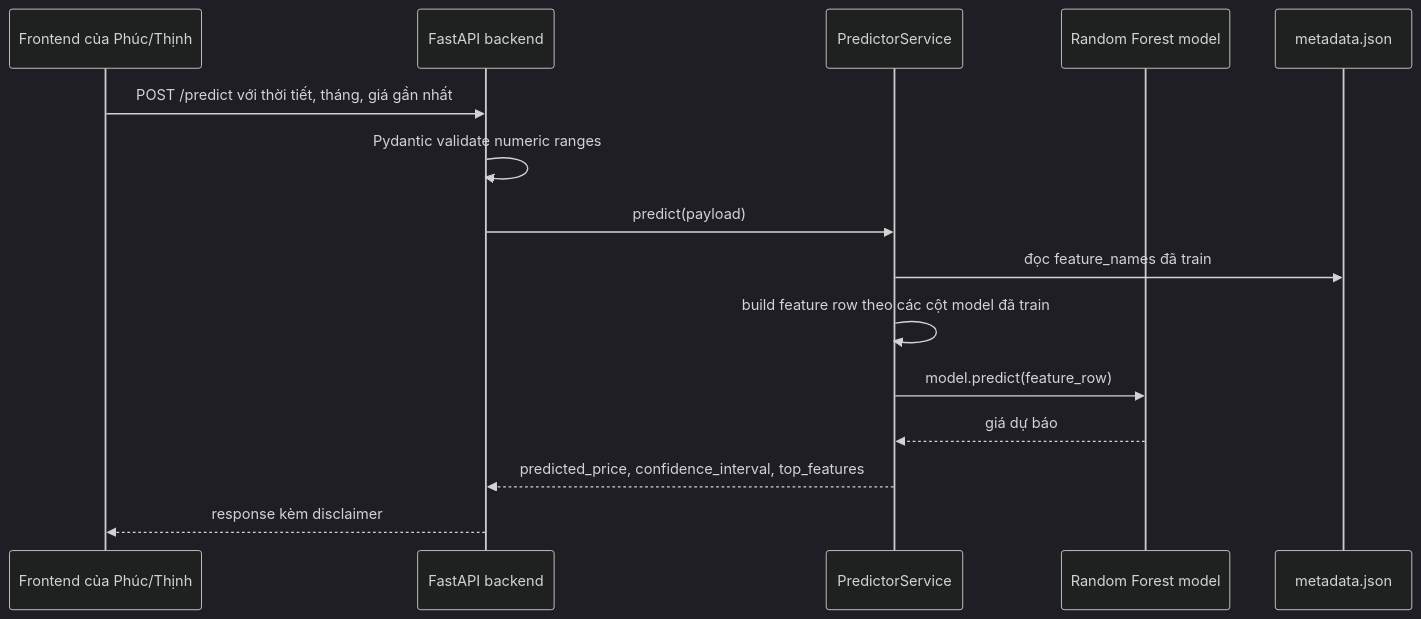
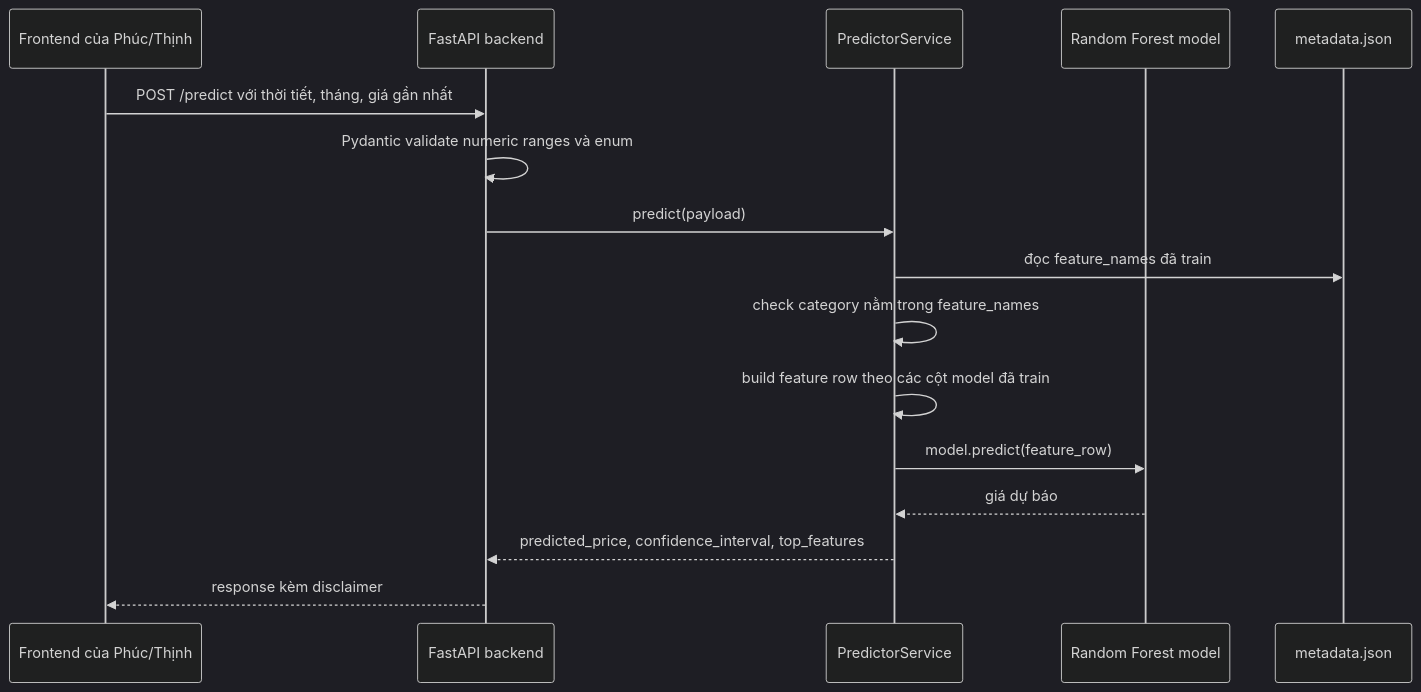
One commit to uit-25730067-chithanh/AI002-Team22-DT10 changed the fourth of 7 diagrams in docs/discussions/2026-05-13-team-data-flow-roadmap.md. Above: the diagram before and after it, drawn with Mermaid (dark theme). The commit also changed other lines of this file and 4 other files, not shown here.

First line of the commit message:
docs: align PR11 roadmap with current main

````diff
--- a/docs/discussions/2026-05-13-team-data-flow-roadmap.md
+++ b/docs/discussions/2026-05-13-team-data-flow-roadmap.md
@@ -87,18 +87,19 @@
 ```mermaid
 sequenceDiagram
     participant UI as Frontend của Phúc/Thịnh
     participant API as FastAPI backend
     participant P as PredictorService
     participant M as Random Forest model
     participant Meta as metadata.json
 
     UI->>API: POST /predict với thời tiết, tháng, giá gần nhất
-    API->>API: Pydantic validate numeric ranges
+    API->>API: Pydantic validate numeric ranges và enum
     API->>P: predict(payload)
     P->>Meta: đọc feature_names đã train
+    P->>P: check category nằm trong feature_names
     P->>P: build feature row theo các cột model đã train
     P->>M: model.predict(feature_row)
     M-->>P: giá dự báo
     P-->>API: predicted_price, confidence_interval, top_features
     API-->>UI: response kèm disclaimer
 ```
````
